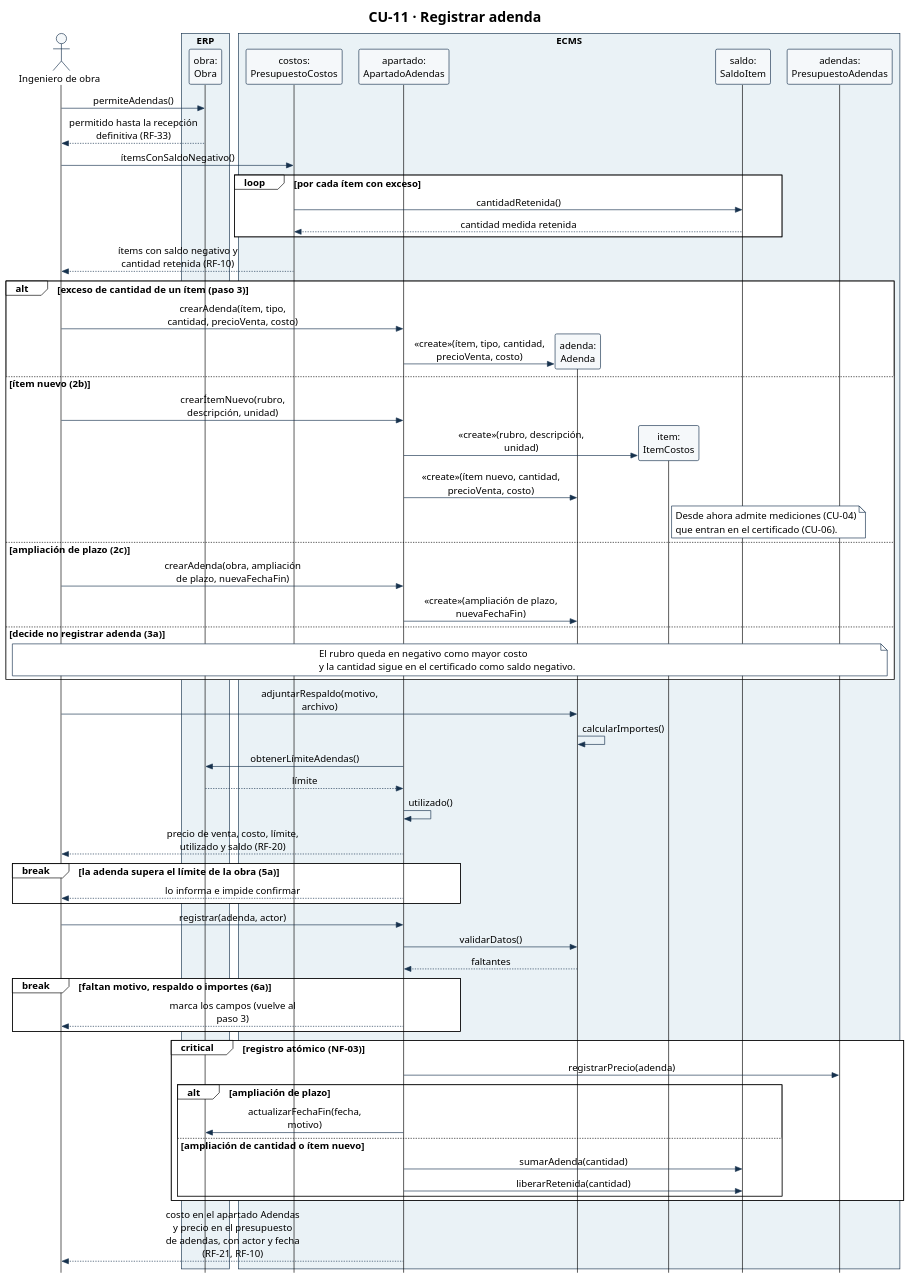
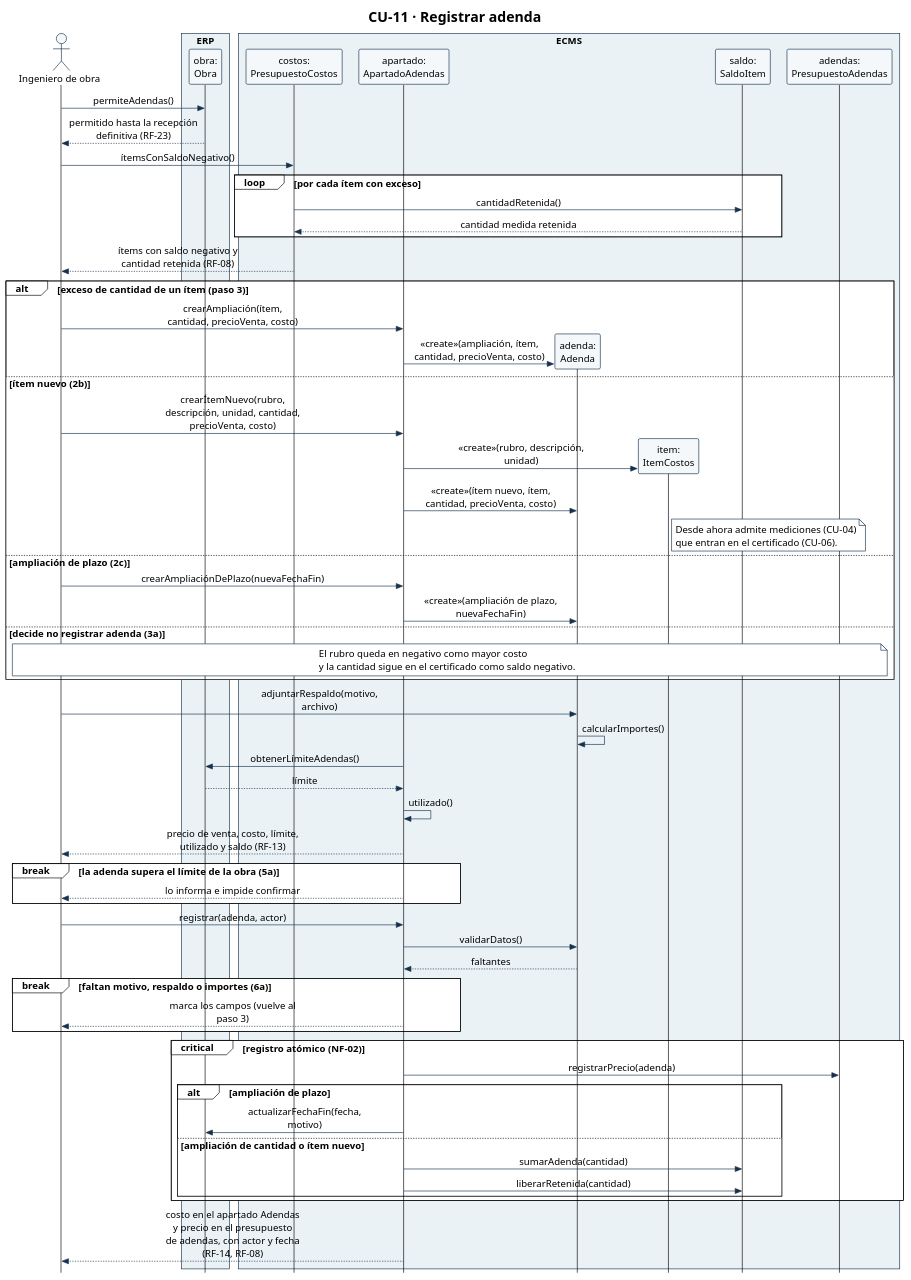
One commit to Ssrrb/tpf-uca changed the diagram in diagramas/CU-11-secuencia.puml. Above: the diagram before and after it, drawn with PlantUML. The commit also changed 43 other files, not shown here.

First line of the commit message:
Correcciones del profesor: actores, alto nivel, TipoAdenda y numeración de RF/NF

```diff
--- a/diagramas/CU-11-secuencia.puml
+++ b/diagramas/CU-11-secuencia.puml
@@ -1,94 +1,94 @@
 @startuml
 !theme plain
 skinparam style strictuml
 skinparam shadowing false
 skinparam defaultFontName Arial
 skinparam defaultFontSize 15
 skinparam sequenceMessageAlign center
 skinparam maxMessageSize 220
 skinparam ParticipantPadding 8
 skinparam BoxPadding 6
 skinparam ParticipantBackgroundColor #F5F8FA
 skinparam ParticipantBorderColor #17324D
 skinparam ActorBorderColor #17324D
 skinparam ActorBackgroundColor #F5F8FA
 skinparam ArrowColor #17324D
 skinparam SequenceBoxBorderColor #17324D
 skinparam note {
   BackgroundColor #FFFFFF
   BorderColor #17324D
 }
 hide footbox
 title CU-11 · Registrar adenda
 actor "Ingeniero de obra" as Ing
 box "ERP" #EAF2F6
 participant "obra:\nObra" as Obra
 end box
 box "ECMS" #EAF2F6
 participant "costos:\nPresupuestoCostos" as PC
 participant "apartado:\nApartadoAdendas" as Apa
 participant "adenda:\nAdenda" as Ad
 participant "item:\nItemCostos" as Item
 participant "saldo:\nSaldoItem" as Saldo
 participant "adendas:\nPresupuestoAdendas" as PA
 end box
 
 Ing -> Obra: permiteAdendas()
-Obra --> Ing: permitido hasta la recepción definitiva (RF-33)
+Obra --> Ing: permitido hasta la recepción definitiva (RF-23)
 Ing -> PC: ítemsConSaldoNegativo()
 loop por cada ítem con exceso
   PC -> Saldo: cantidadRetenida()
   Saldo --> PC: cantidad medida retenida
 end
-PC --> Ing: ítems con saldo negativo y cantidad retenida (RF-10)
+PC --> Ing: ítems con saldo negativo y cantidad retenida (RF-08)
 
 alt exceso de cantidad de un ítem (paso 3)
-  Ing -> Apa: crearAdenda(ítem, tipo, cantidad, precioVenta, costo)
+  Ing -> Apa: crearAmpliación(ítem, cantidad, precioVenta, costo)
   create Ad
-  Apa -> Ad: «create»(ítem, tipo, cantidad, precioVenta, costo)
+  Apa -> Ad: «create»(ampliación, ítem, cantidad, precioVenta, costo)
 else ítem nuevo (2b)
-  Ing -> Apa: crearÍtemNuevo(rubro, descripción, unidad)
+  Ing -> Apa: crearÍtemNuevo(rubro, descripción, unidad, cantidad, precioVenta, costo)
   create Item
   Apa -> Item: «create»(rubro, descripción, unidad)
-  Apa -> Ad: «create»(ítem nuevo, cantidad, precioVenta, costo)
+  Apa -> Ad: «create»(ítem nuevo, ítem, cantidad, precioVenta, costo)
   note right of Item
     Desde ahora admite mediciones (CU-04)
     que entran en el certificado (CU-06).
   end note
 else ampliación de plazo (2c)
-  Ing -> Apa: crearAdenda(obra, ampliación de plazo, nuevaFechaFin)
+  Ing -> Apa: crearAmpliaciónDePlazo(nuevaFechaFin)
   Apa -> Ad: «create»(ampliación de plazo, nuevaFechaFin)
 else decide no registrar adenda (3a)
   note over Ing, PA
     El rubro queda en negativo como mayor costo
     y la cantidad sigue en el certificado como saldo negativo.
   end note
 end
 
 Ing -> Ad: adjuntarRespaldo(motivo, archivo)
 Ad -> Ad: calcularImportes()
 Apa -> Obra: obtenerLímiteAdendas()
 Obra --> Apa: límite
 Apa -> Apa: utilizado()
-Apa --> Ing: precio de venta, costo, límite, utilizado y saldo (RF-20)
+Apa --> Ing: precio de venta, costo, límite, utilizado y saldo (RF-13)
 break la adenda supera el límite de la obra (5a)
   Apa --> Ing: lo informa e impide confirmar
 end
 
 Ing -> Apa: registrar(adenda, actor)
 Apa -> Ad: validarDatos()
 Ad --> Apa: faltantes
 break faltan motivo, respaldo o importes (6a)
   Apa --> Ing: marca los campos (vuelve al paso 3)
 end
-critical registro atómico (NF-03)
+critical registro atómico (NF-02)
   Apa -> PA: registrarPrecio(adenda)
   alt ampliación de plazo
     Apa -> Obra: actualizarFechaFin(fecha, motivo)
   else ampliación de cantidad o ítem nuevo
     Apa -> Saldo: sumarAdenda(cantidad)
     Apa -> Saldo: liberarRetenida(cantidad)
   end
 end
-Apa --> Ing: costo en el apartado Adendas y precio en el presupuesto\nde adendas, con actor y fecha (RF-21, RF-10)
+Apa --> Ing: costo en el apartado Adendas y precio en el presupuesto\nde adendas, con actor y fecha (RF-14, RF-08)
 @enduml
```
